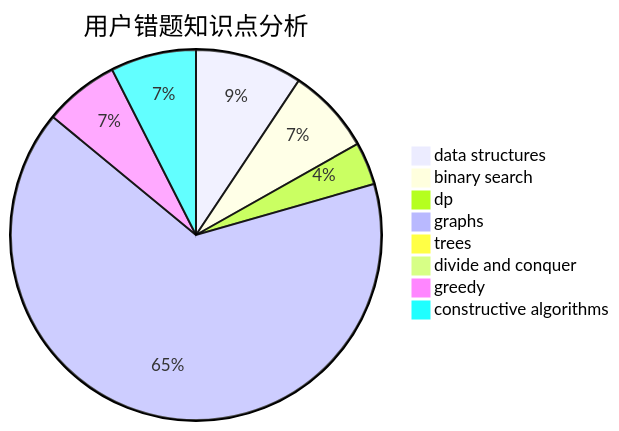
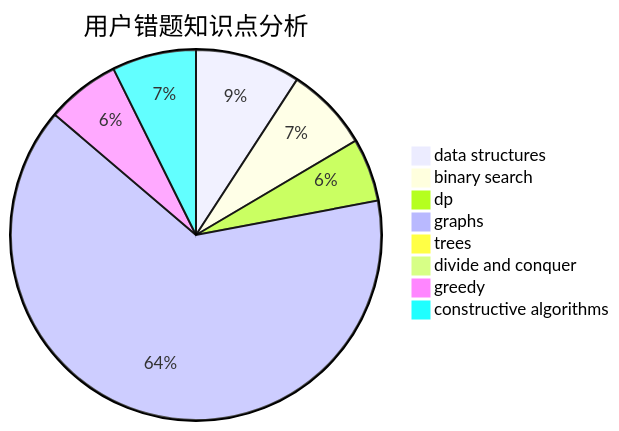
The third of 3 diagrams in docs/user/u134.md (sherpahu/cfrs.github.io), drawn with Mermaid before and after one commit. The commit also changed other lines of this file and 2770 other files, not shown here.

````diff
--- a/docs/user/u134.md
+++ b/docs/user/u134.md
@@ -36,11 +36,11 @@
 ```mermaid
 pie title 用户错题知识点分析
     "data structures" :  10
     "binary search" :  8
-    "dp" :  4
+    "dp" :  6
     "graphs" :  70
     "trees" :  0
     "divide and conquer" :  0
     "greedy" :  7
     "constructive algorithms" :  8
 ```
````
